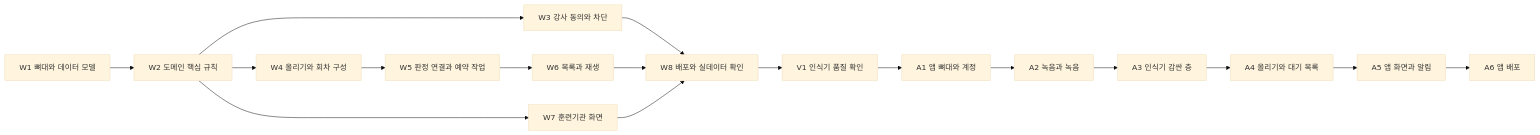
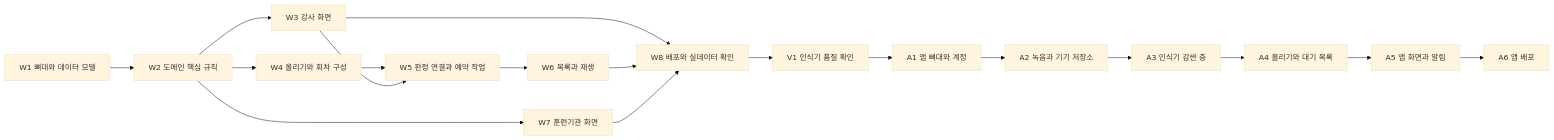
Before and after one commit to hayoungv/kokjip: the diagram in tasks/task-list.md, drawn with Mermaid (base theme). The commit also changed other lines of this file, not shown here.

````diff
--- a/tasks/task-list.md
+++ b/tasks/task-list.md
@@ -17,19 +17,20 @@
 ```mermaid
 flowchart LR
     W1["W1 뼈대와 데이터 모델"] --> W2["W2 도메인 핵심 규칙"]
-    W2 --> W3["W3 강사 동의와 차단"]
+    W2 --> W3["W3 강사 화면"]
     W2 --> W4["W4 올리기와 회차 구성"]
     W4 --> W5["W5 판정 연결과 예약 작업"]
+    W3 --> W5
     W5 --> W6["W6 목록과 재생"]
     W2 --> W7["W7 훈련기관 화면"]
     W3 --> W8["W8 배포와 실데이터 확인"]
     W6 --> W8
     W7 --> W8
     W8 --> V1["V1 인식기 품질 확인"]
     V1 --> A1["A1 앱 뼈대와 계정"]
-    A1 --> A2["A2 녹음과 녹음"]
+    A1 --> A2["A2 녹음과 기기 저장소"]
     A2 --> A3["A3 인식기 감싼 층"]
     A3 --> A4["A4 올리기와 대기 목록"]
     A4 --> A5["A5 앱 화면과 알림"]
     A5 --> A6["A6 앱 배포"]
 ```
````
